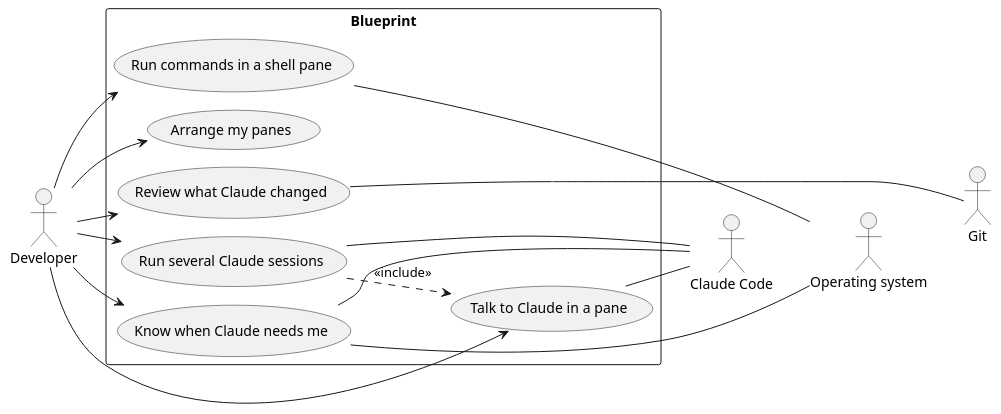
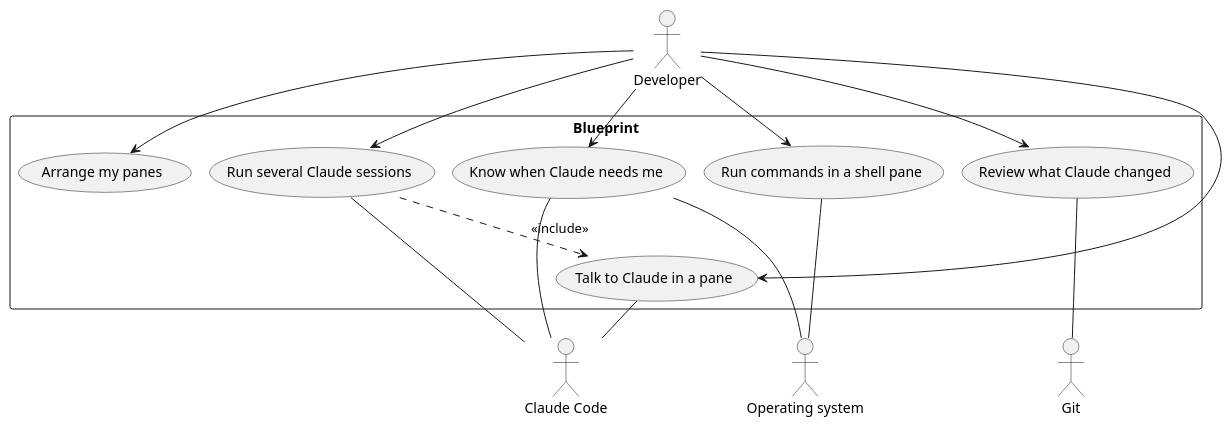
Before and after one commit to karsanda/blueprint: the diagram in entries/diagram/blueprint.puml, drawn with PlantUML.

Commit message:
Lay the use case diagram out top to bottom, so Smetana no longer cuts off its top

```diff
--- a/entries/diagram/blueprint.puml
+++ b/entries/diagram/blueprint.puml
@@ -1,45 +1,45 @@
 @startuml blueprint
 ' Every Blueprint use case, the actors in each, and the System boundary.
 ' The text entries are the source; this diagram only shows how they fit together.
 ' View it with the PlantUML extension in VS Code, or render it with `plantuml -tsvg`.
 ' Smetana layout needs no Graphviz. SVGs are not committed.
 !pragma layout smetana
-left to right direction
+' Top to bottom: Smetana cuts the top off a left-to-right diagram that has a boundary box.
 skinparam shadowing false
 skinparam monochrome true
 
 actor Developer [[../actors/developer.md]]
 
 rectangle Blueprint [[../system/blueprint.md]] {
   usecase "Run several Claude sessions" as Several [[../usecase/blueprint/run_several_claude_sessions.md]]
   usecase "Talk to Claude in a pane" as Talk [[../usecase/blueprint/talk_to_claude_in_a_pane.md]]
   usecase "Know when Claude needs me" as Know [[../usecase/blueprint/know_when_claude_needs_me.md]]
   usecase "Run commands in a shell pane" as Shell [[../usecase/blueprint/run_commands_in_a_shell_pane.md]]
   usecase "Arrange my panes" as Arrange [[../usecase/blueprint/arrange_my_panes.md]]
   usecase "Review what Claude changed" as Review [[../usecase/blueprint/review_what_claude_changed.md]]
 }
 
 actor "Claude Code" as ClaudeCode
 actor "Operating system" as OS
 actor Git
 
 Developer --> Several
 Developer --> Talk
 Developer --> Know
 Developer --> Shell
 Developer --> Arrange
 Developer --> Review
 
 Several ..> Talk : <<include>>
 
 Several -- ClaudeCode
 Talk -- ClaudeCode
 Know -- ClaudeCode
 Know -- OS
 Shell -- OS
 Review -- Git
 
-' Hidden links fix the supporting actors' order, so no lines cross.
-ClaudeCode -[hidden]- OS
-OS -[hidden]- Git
+' Hidden links keep the supporting actors in one row under the System, in this order, so few lines cross.
+ClaudeCode -[hidden]right- OS
+OS -[hidden]right- Git
 @enduml
```
